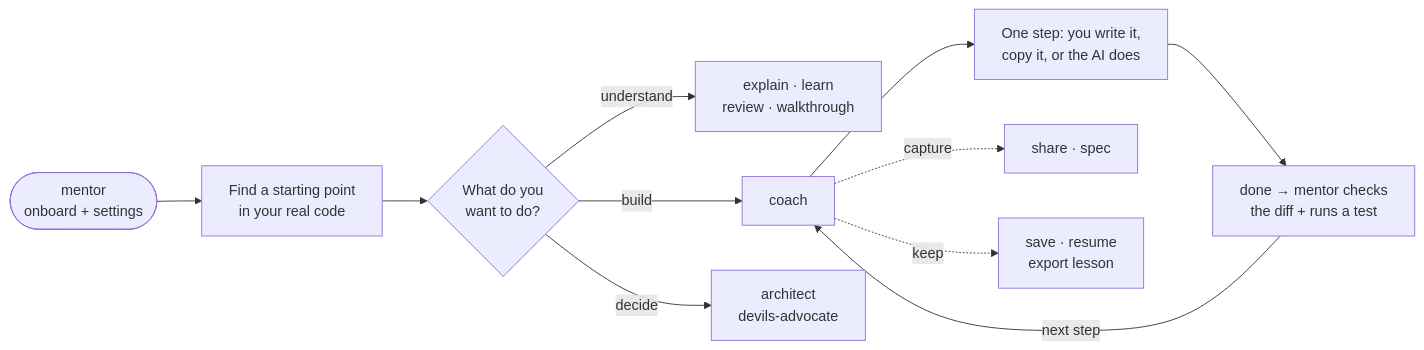
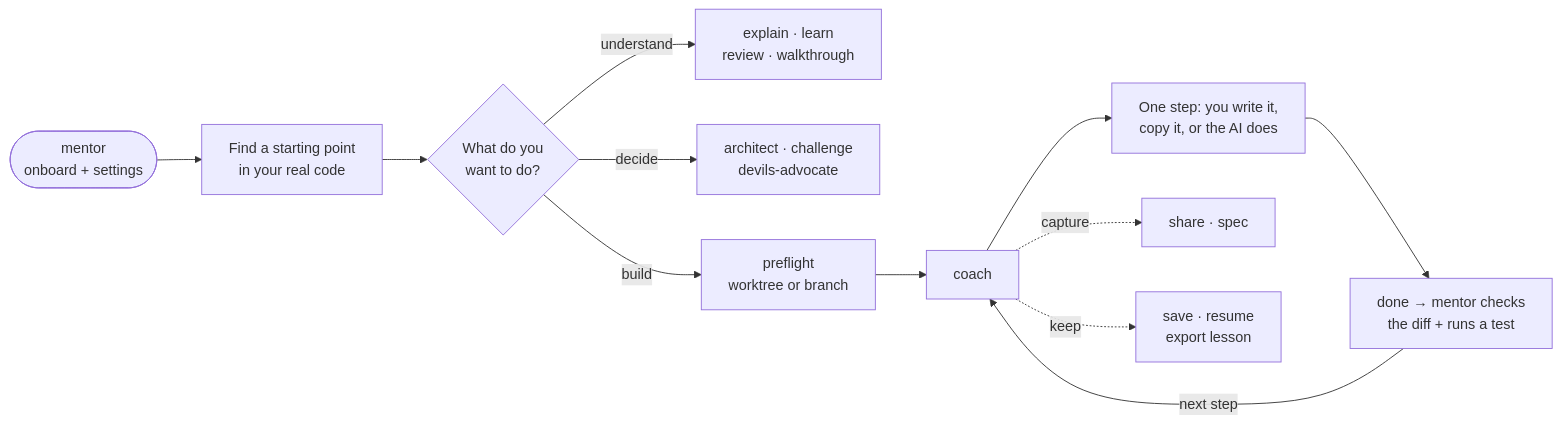
Before and after one commit to SirL0fty/dev-mentor: the diagram in README.md, drawn with Mermaid. The commit also changed other lines of this file and 26 other files, not shown here.

First line of the commit message:
Add project preflight, capability-first debate and challenge skill (#4)

````diff
--- a/README.md
+++ b/README.md
@@ -78,12 +78,12 @@
 ```mermaid
 flowchart LR
     Start(["mentor<br/>onboard + settings"]) --> Where["Find a starting point<br/>in your real code"]
     Where --> Pick{"What do you<br/>want to do?"}
     Pick -->|understand| U["explain · learn<br/>review · walkthrough"]
-    Pick -->|build| C["coach"]
-    Pick -->|decide| D["architect<br/>devils-advocate"]
+    Pick -->|decide| D["architect · challenge<br/>devils-advocate"]
+    Pick -->|build| PF["preflight<br/>worktree or branch"] --> C["coach"]
     C --> Edit["One step: you write it,<br/>copy it, or the AI does"] --> Check["done → mentor checks<br/>the diff + runs a test"]
     Check -->|next step| C
     C -. capture .-> S["share · spec"]
     C -. keep .-> L["save · resume<br/>export lesson"]
 ```
````
